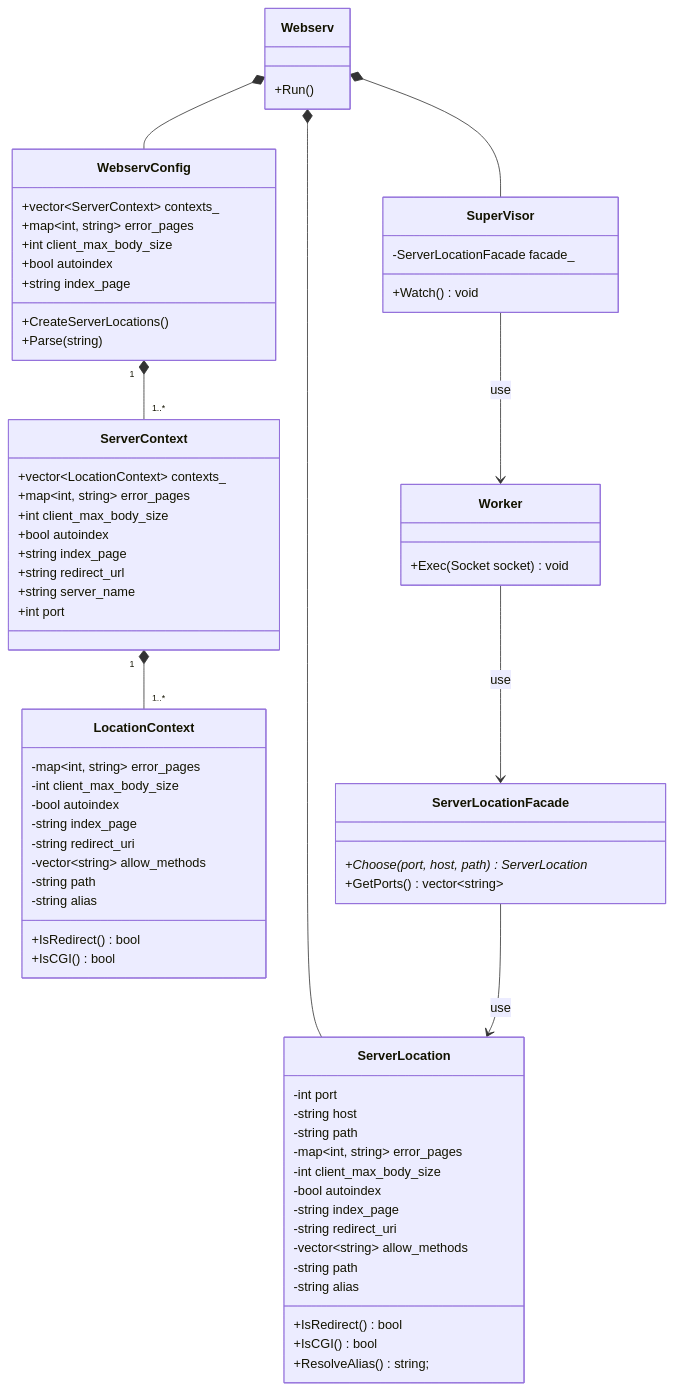
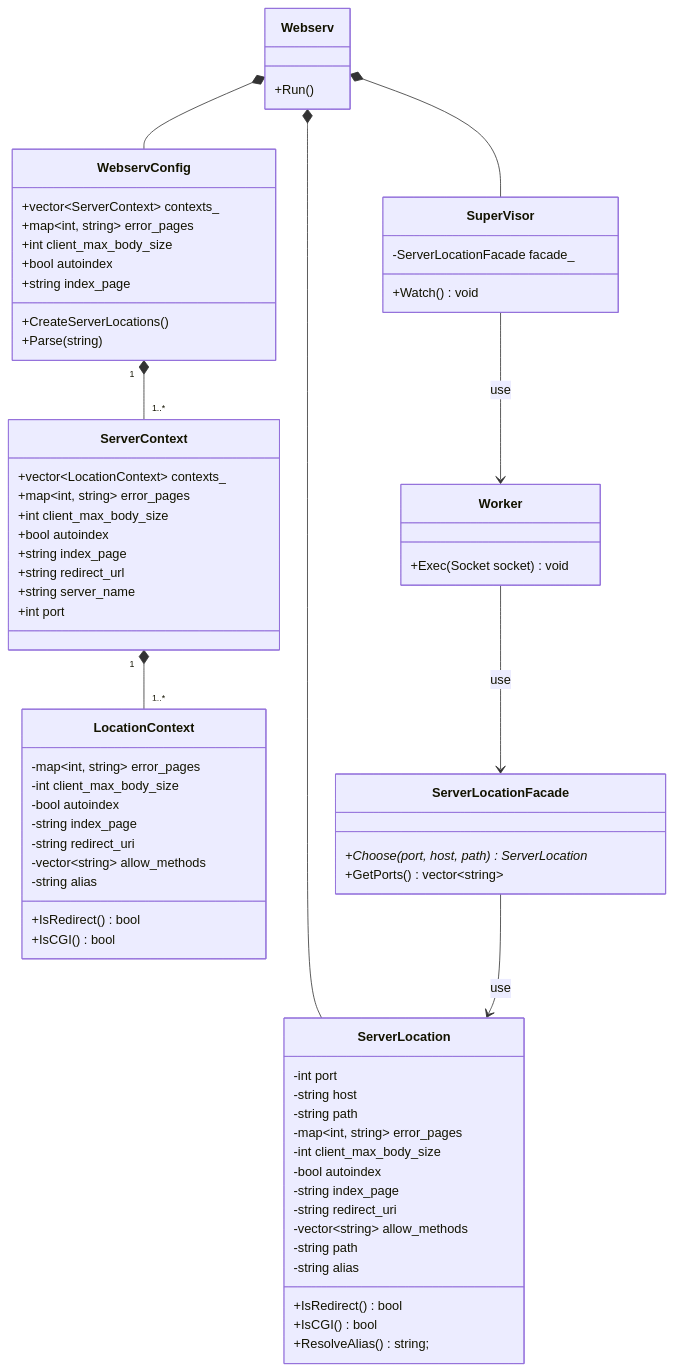
The diagram in docs/class/config_class.md (katataku/webserv), drawn with Mermaid before and after one commit. The commit also changed 2 other files, not shown here.

Commit message:
feat: ServerLocationにメンバ変数とゲッターを用意

```diff
--- a/docs/class/config_class.md
+++ b/docs/class/config_class.md
@@ -38,7 +38,6 @@
         -string index_page
         -string redirect_uri
         -vector~string~ allow_methods
-        -string path
         -string alias
         +IsRedirect() bool
         +IsCGI() bool
```
